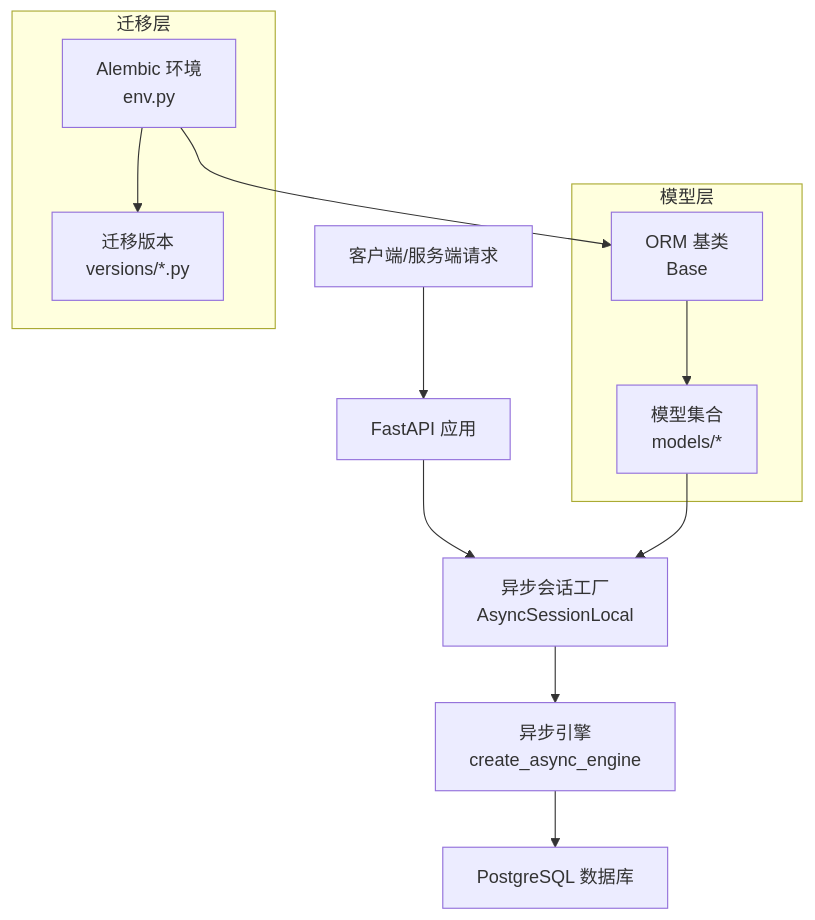
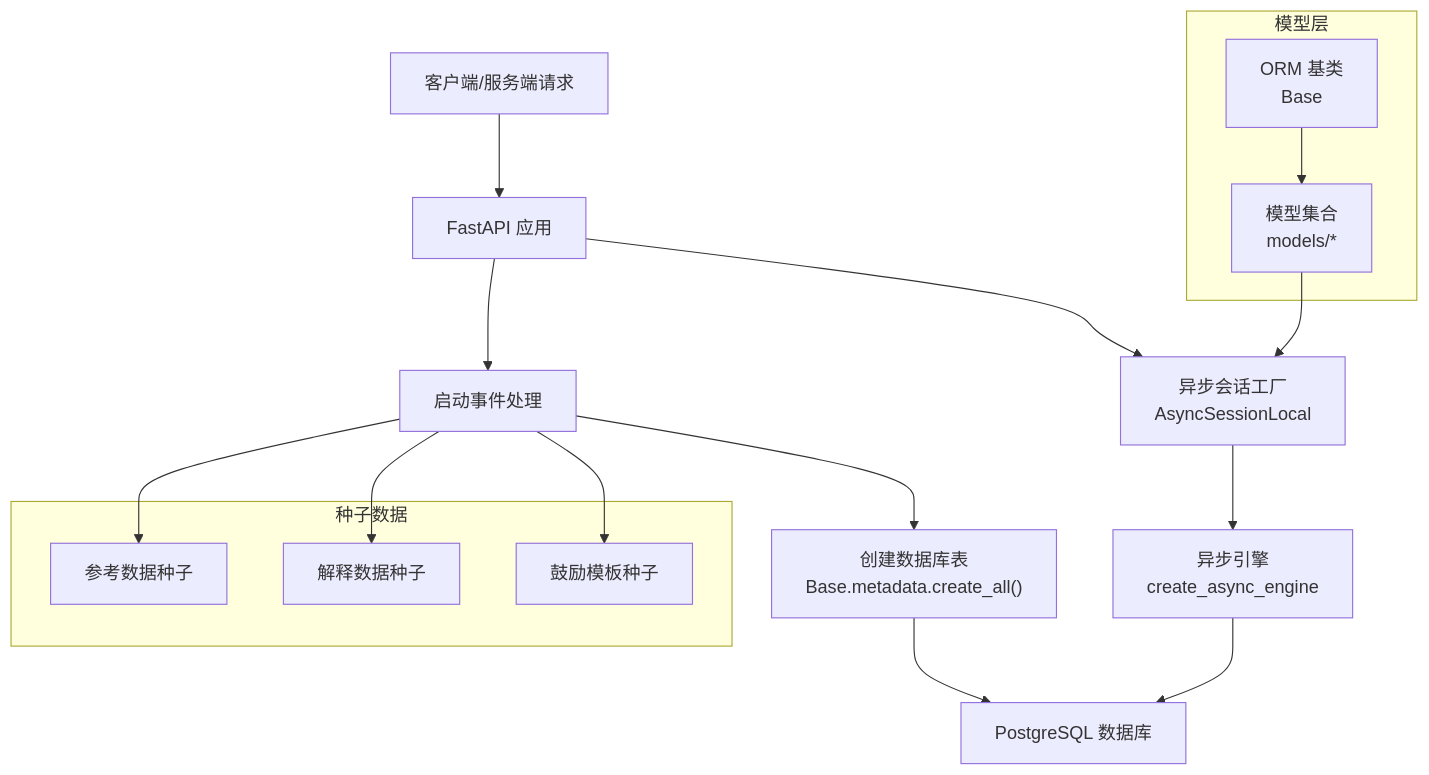
One commit to Miyuan2018/ruicheng-edu-system changed the second of 6 diagrams in .qoder/repowiki/zh/content/后端系统架构/数据库ORM设计.md. Above: the diagram before and after it, drawn with Mermaid. The commit also changed other lines of this file and 4 other files, not shown here.

````diff
--- a/.qoder/repowiki/zh/content/后端系统架构/数据库ORM设计.md
+++ b/.qoder/repowiki/zh/content/后端系统架构/数据库ORM设计.md
@@ -153,19 +150,24 @@
 ```mermaid
 graph TB
 Client["客户端/服务端请求"] --> FastAPI["FastAPI 应用"]
+FastAPI --> Startup["启动事件处理"]
+Startup --> CreateTables["创建数据库表<br/>Base.metadata.create_all()"]
+CreateTables --> PG["PostgreSQL 数据库"]
 FastAPI --> DBSession["异步会话工厂<br/>AsyncSessionLocal"]
 DBSession --> Engine["异步引擎<br/>create_async_engine"]
-Engine --> PG["PostgreSQL 数据库"]
+Engine --> PG
 subgraph "模型层"
 Base["ORM 基类<br/>Base"]
 Models["模型集合<br/>models/*"]
 end
-subgraph "迁移层"
-Env["Alembic 环境<br/>env.py"]
-Versions["迁移版本<br/>versions/*.py"]
+subgraph "种子数据"
+SeedRef["参考数据种子"]
+SeedExp["解释数据种子"]
+SeedEnc["鼓励模板种子"]
 end
 Base --> Models
 Models --> DBSession
-Env --> Base
-Env --> Versions
+Startup --> SeedRef
+Startup --> SeedExp
+Startup --> SeedEnc
 ```
````
